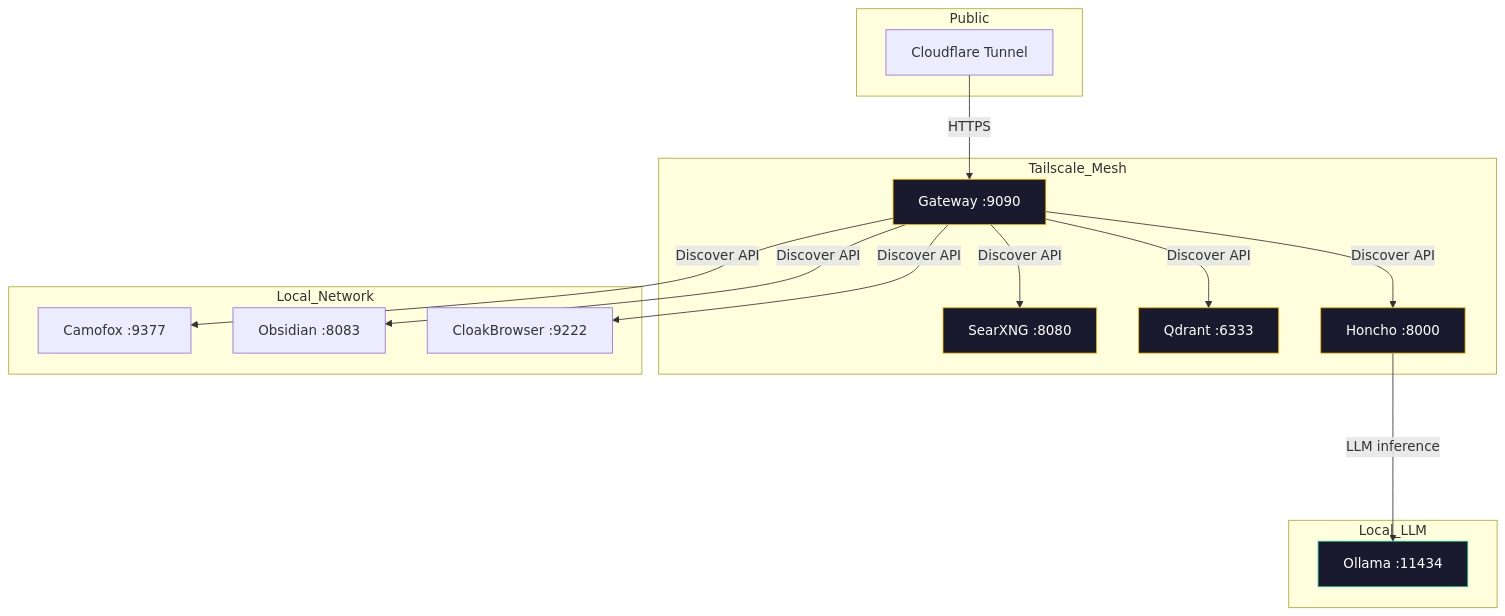
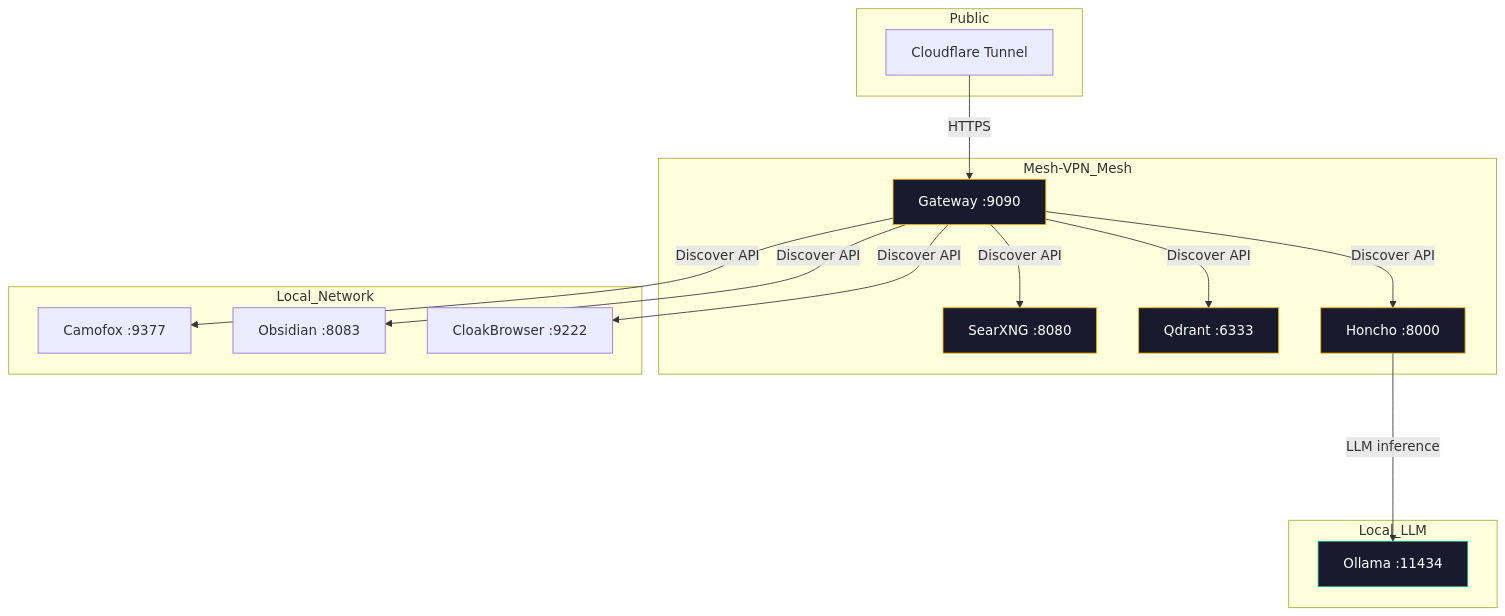
Before and after one commit to OneByJorah/StackDeploy-Dashboard: the diagram in README.md, drawn with Mermaid. The commit also changed other lines of this file and 12 other files, not shown here.

````diff
--- a/README.md
+++ b/README.md
@@ -44,35 +44,35 @@
 ```mermaid
 graph TB
     subgraph Public
         A[Cloudflare Tunnel]
     end
-    subgraph Tailscale_Mesh
+    subgraph Mesh-VPN_Mesh
         B[Gateway :9090]
         C[SearXNG :8080]
         D[Qdrant :6333]
         E[Honcho :8000]
     end
     subgraph Local_LLM
         I[Ollama :11434]
     end
     subgraph Local_Network
         F[Camofox :9377]
         G[Obsidian :8083]
         H[CloakBrowser :9222]
     end
 
     A -->|HTTPS| B
     B -->|Discover API| C
     B -->|Discover API| D
     B -->|Discover API| E
     B -->|Discover API| F
     B -->|Discover API| G
     B -->|Discover API| H
     E ---->|LLM inference| I
 
     style B fill:#1a1a2e,stroke:#FFB300,color:#fff
     style C fill:#1a1a2e,stroke:#FFB300,color:#fff
     style D fill:#1a1a2e,stroke:#FFB300,color:#fff
     style E fill:#1a1a2e,stroke:#FFB300,color:#fff
     style I fill:#1a1a2e,stroke:#10b981,color:#fff
 ```
````
